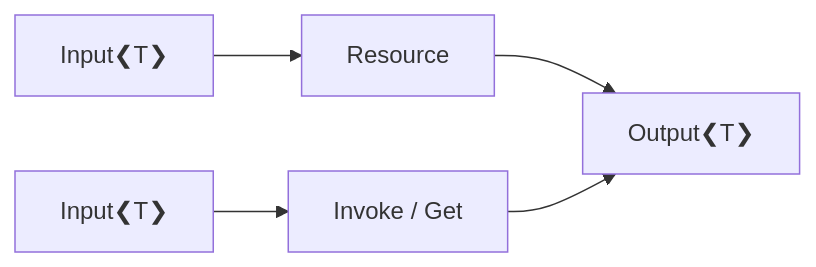
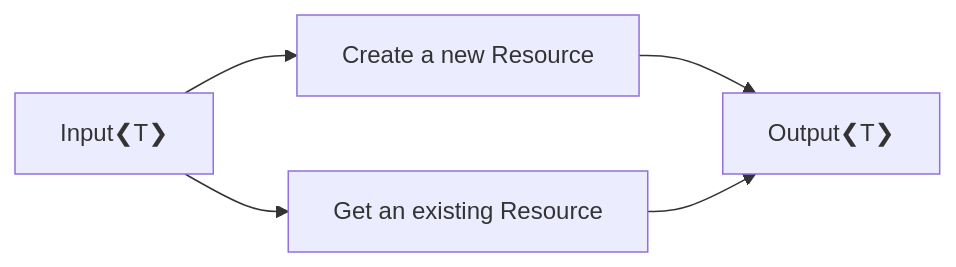
One commit to pavel-agarkov/live-arch changed the second of 4 diagrams in slides/sections/5.pulumi.md. Above: the diagram before and after it, drawn with Mermaid. The commit also changed other lines of this file and 3 other files, not shown here.

````diff
--- a/slides/sections/5.pulumi.md
+++ b/slides/sections/5.pulumi.md
@@ -60,7 +63,7 @@
 ```mermaid
 flowchart LR
-    A[Input❮T❯] --> B[Resource]
+    A[Input❮T❯] --> B[Create a new Resource]
     B --> C[Output❮T❯]
-    D[Invoke / Get] --> C
-    E[Input❮T❯] --> D
+    A --> D[Get an existing Resource]
+    D --> C
 ```
````
